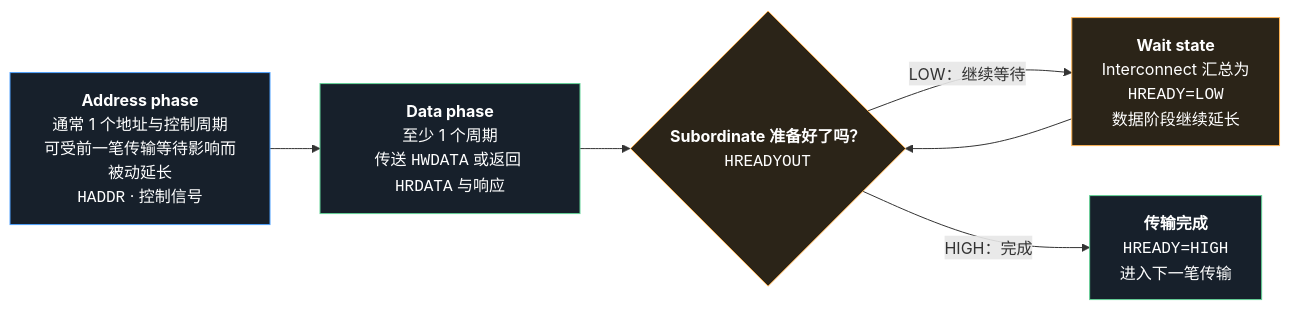
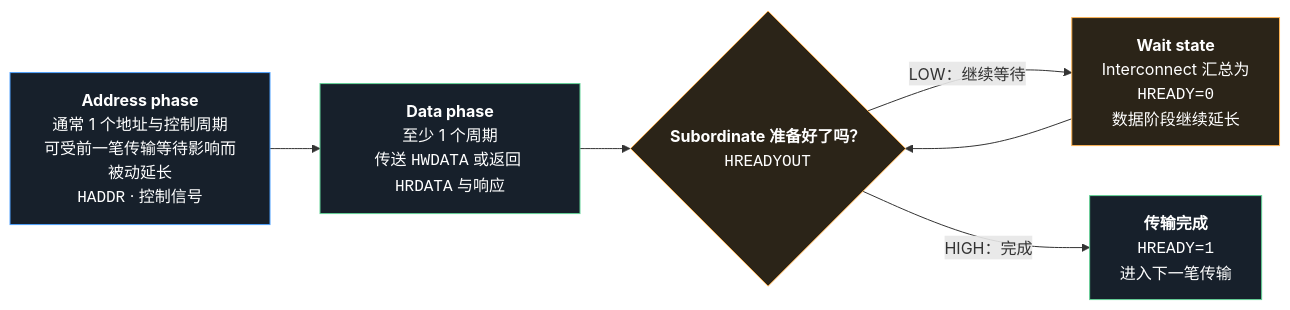
The first of 2 diagrams in ARM_AMBA_AHB_Protocol_Specification_IHI0033C-第一章介绍.md (lja1589767265-coder/AHB), drawn with Mermaid before and after one commit. The commit also changed other lines of this file and 16 other files, not shown here.

````diff
--- a/ARM_AMBA_AHB_Protocol_Specification_IHI0033C-第一章介绍.md
+++ b/ARM_AMBA_AHB_Protocol_Specification_IHI0033C-第一章介绍.md
@@ -202,15 +202,15 @@
 ```mermaid
 flowchart LR
     A["<b>Address phase</b><br/>通常 1 个地址与控制周期<br/>可受前一笔传输等待影响而被动延长<br/><code>HADDR</code> · 控制信号"] --> B["<b>Data phase</b><br/>至少 1 个周期<br/>传送 <code>HWDATA</code> 或返回 <code>HRDATA</code> 与响应"]
     B --> C{"<b>Subordinate 准备好了吗？</b><br/><code>HREADYOUT</code>"}
-    C -->|"LOW：继续等待"| D["<b>Wait state</b><br/>Interconnect 汇总为<br/><code>HREADY=LOW</code><br/>数据阶段继续延长"]
+    C -->|"LOW：继续等待"| D["<b>Wait state</b><br/>Interconnect 汇总为<br/><code>HREADY=0</code><br/>数据阶段继续延长"]
     D --> C
-    C -->|"HIGH：完成"| E["<b>传输完成</b><br/><code>HREADY=HIGH</code><br/>进入下一笔传输"]
+    C -->|"HIGH：完成"| E["<b>传输完成</b><br/><code>HREADY=1</code><br/>进入下一笔传输"]
 
     classDef fixed fill:#17202b,stroke:#4ea1ff,color:#ffffff;
     classDef data fill:#17202b,stroke:#63d297,color:#ffffff;
     classDef wait fill:#2b2418,stroke:#ffb454,color:#ffffff;
     class A fixed;
     class B,E data;
     class C,D wait;
 ```
````
